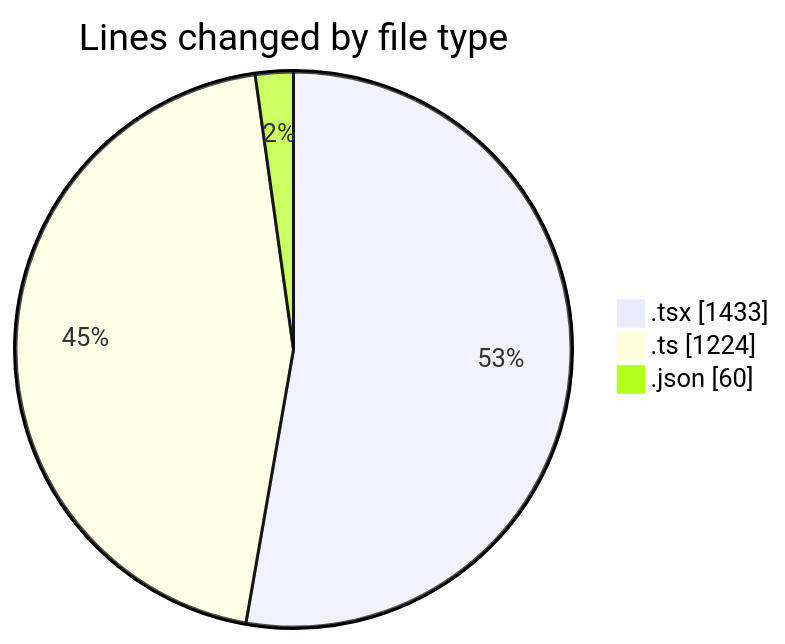
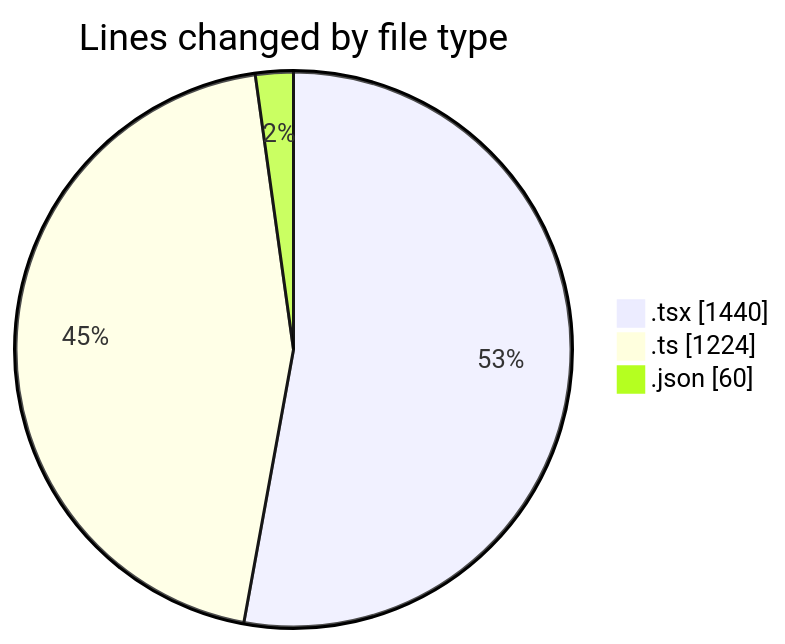
One commit to nxtqubesakshisongat/code-tracking changed the first of 2 diagrams in 2026-04-20/airfeed-analytics-dashboard/README.md. Above: the diagram before and after it, drawn with Mermaid. The commit also changed other lines of this file and 1 other file, not shown here.

````diff
--- a/2026-04-20/airfeed-analytics-dashboard/README.md
+++ b/2026-04-20/airfeed-analytics-dashboard/README.md
@@ -31,7 +31,7 @@
 ```mermaid
 pie showData
 title Lines changed by file type
-".tsx" : 1433
+".tsx" : 1440
 ".ts" : 1224
 ".json" : 60
 ```
````
